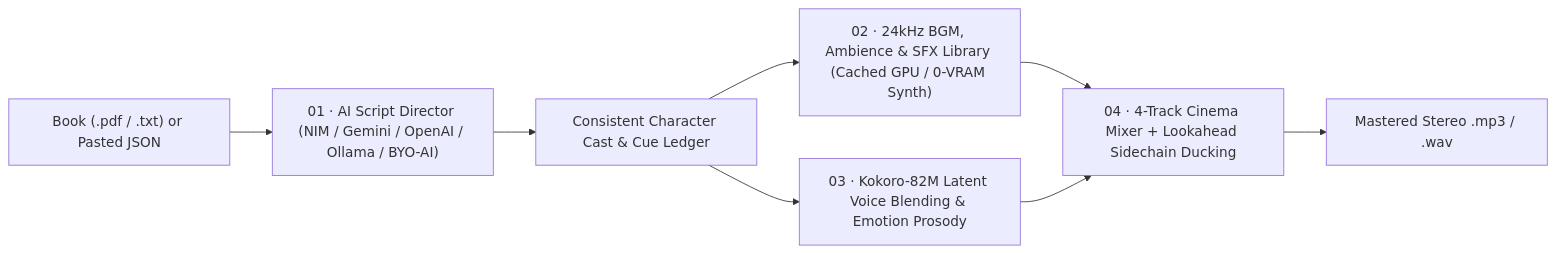
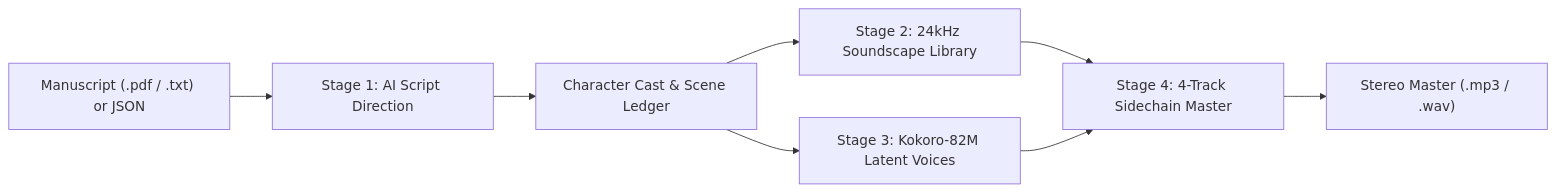
Before and after one commit to Shreyas445/AudioBook-AI: the diagram in README.md, drawn with Mermaid. The commit also changed other lines of this file and 1 other file, not shown here.

````diff
--- a/README.md
+++ b/README.md
@@ -49,10 +48,10 @@
 ```mermaid
 flowchart LR
-    Book["Book (.pdf / .txt) or Pasted JSON"] --> Stage1["01 · AI Script Director (NIM / Gemini / OpenAI / Ollama / BYO-AI)"]
-    Stage1 --> Cast["Consistent Character Cast & Cue Ledger"]
-    Cast --> Stage2["02 · 24kHz BGM, Ambience & SFX Library (Cached GPU / 0-VRAM Synth)"]
-    Cast --> Stage3["03 · Kokoro-82M Latent Voice Blending & Emotion Prosody"]
-    Stage2 --> Stage4["04 · 4-Track Cinema Mixer + Lookahead Sidechain Ducking"]
-    Stage3 --> Stage4
-    Stage4 --> Master["Mastered Stereo .mp3 / .wav"]
+    Input["Manuscript (.pdf / .txt) or JSON"] --> S1["Stage 1: AI Script Direction"]
+    S1 --> Ledger["Character Cast & Scene Ledger"]
+    Ledger --> S2["Stage 2: 24kHz Soundscape Library"]
+    Ledger --> S3["Stage 3: Kokoro-82M Latent Voices"]
+    S2 --> S4["Stage 4: 4-Track Sidechain Master"]
+    S3 --> S4
+    S4 --> Output["Stereo Master (.mp3 / .wav)"]
 ```
````
